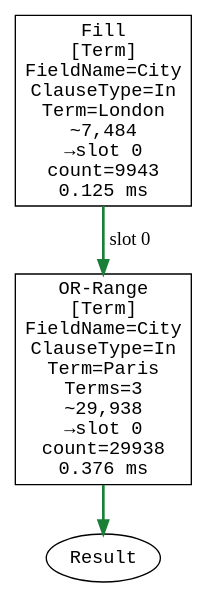
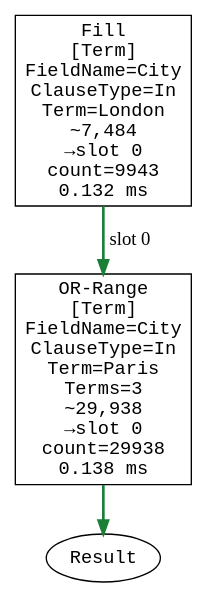
The ninth of 44 diagrams in corax-query-catalog.md (ayende/ravendb), drawn with Graphviz before and after one commit. The commit also changed other lines of this file and 1 other file, not shown here.

First line of the commit message:
RavenDB-25281 Regenerate query catalog for producer-node rendering

````diff
--- a/corax-query-catalog.md
+++ b/corax-query-catalog.md
@@ -783,11 +783,11 @@
 ```dot
 digraph QueryPlan {
   rankdir=TB;
-  node [shape=box, fontname="monospace"];
-  op0 [label="Fill\n[Term]\nFieldName=City\nClauseType=In\nTerm=London\n~7,484\n→slot 0\ncount=9943\n0.125 ms", data_destslot="0", data_dispatch="Term", data_fieldname="City", data_term="London", data_clausetype="In", data_estimatedrows="7,484", data_count="9943", data_ms="0.125"];
-  op1 [label="OR-Range\n[Term]\nFieldName=City\nClauseType=In\nTerm=Paris\nTerms=3\n~29,938\n→slot 0\ncount=29938\n0.376 ms", data_destslot="0", data_dispatch="Term", data_fieldname="City", data_term="Paris", data_clausetype="In", data_estimatedrows="29,938", data_count="29938", data_ms="0.376", data_terms="3"];
-  result [shape=ellipse, label="Result"];
-  op0 -> op1 [style=bold, color="#1a7f37", label="slot 0"];
-  op1 -> result [style=bold, color="#1a7f37"];
+  node [shape="box", fontname="monospace"];
+  op0 [label="Fill\n[Term]\nFieldName=City\nClauseType=In\nTerm=London\n~7,484\n→slot 0\ncount=9943\n0.132 ms", data_operation="Fill", data_destslot="0", data_dispatch="Term", data_fieldname="City", data_term="London", data_clausetype="In", data_estimatedrows="7,484", data_count="9943", data_ms="0.132", data_taken="True"];
+  op1 [label="OR-Range\n[Term]\nFieldName=City\nClauseType=In\nTerm=Paris\nTerms=3\n~29,938\n→slot 0\ncount=29938\n0.138 ms", data_operation="OR-Range", data_destslot="0", data_dispatch="Term", data_fieldname="City", data_term="Paris", data_clausetype="In", data_estimatedrows="29,938", data_count="29938", data_ms="0.138", data_terms="3", data_taken="True"];
+  result [shape="ellipse", label="Result", data_operation="Result"];
+  op0 -> op1 [style="bold", color="#1a7f37", label="slot 0", data_kind="dataflow", data_slot="0", data_flow="on"];
+  op1 -> result [style="bold", color="#1a7f37", data_kind="result", data_variant="bitmap-final", data_flow="on"];
 }
 ```
````
